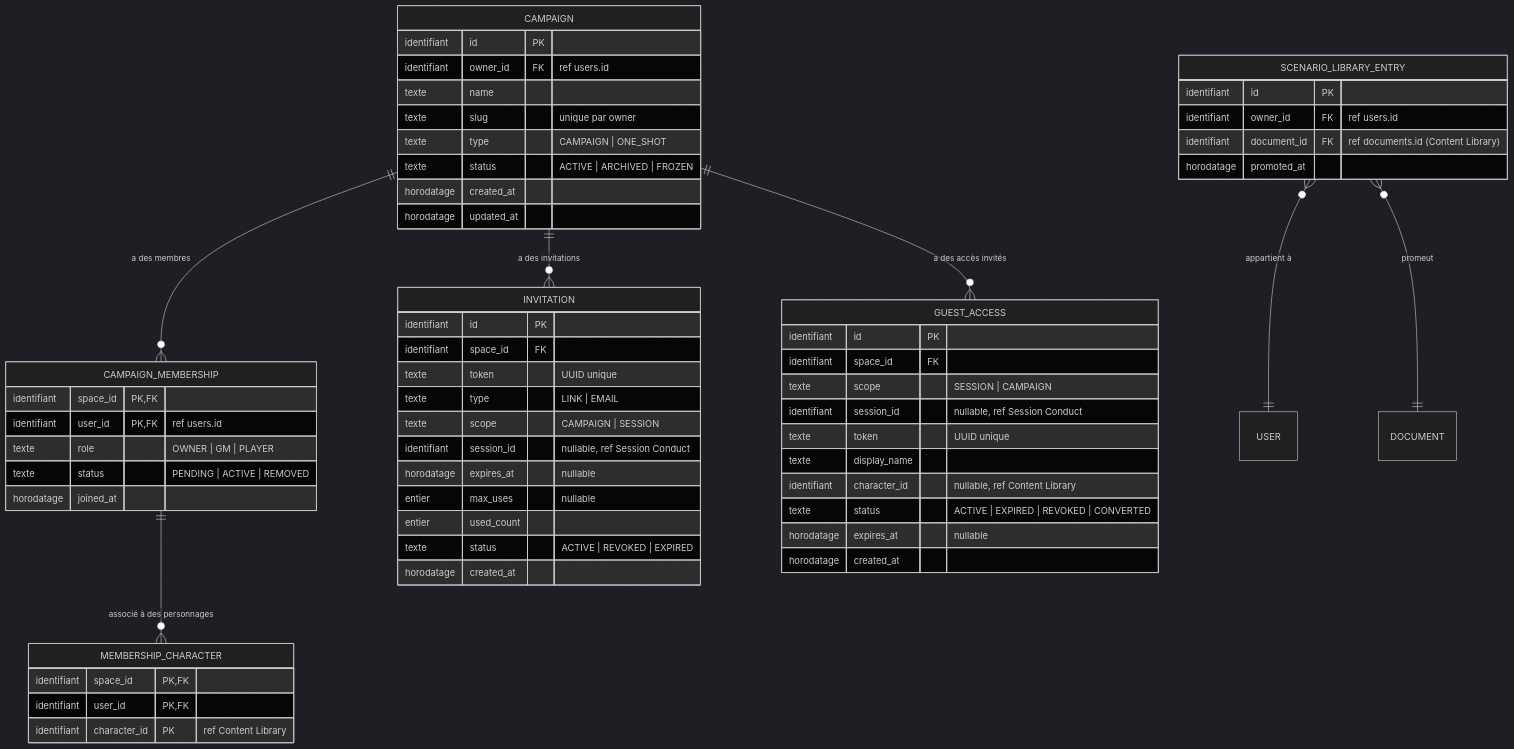
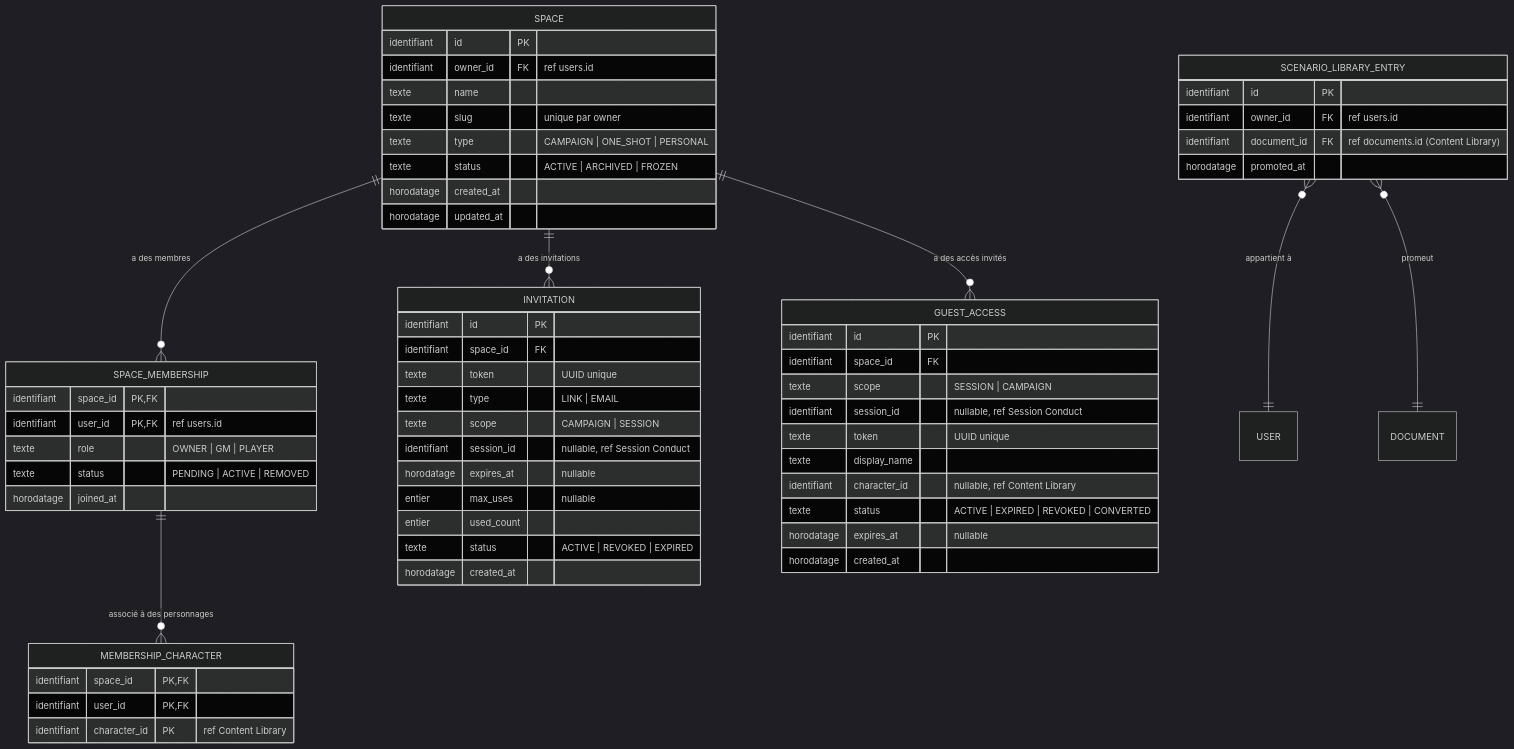
The diagram in docs/conception/domain/diagrams/mcd/space-management.md (2025-10-CDA-ECO-P6/PM-micro-saas), drawn with Mermaid (dark theme) before and after one commit. The commit also changed 68 other files, not shown here.

First line of the commit message:
docs(corpus): renomme Campaign en Space et ajoute les spécifications techniques

````diff
--- a/docs/conception/domain/diagrams/mcd/space-management.md
+++ b/docs/conception/domain/diagrams/mcd/space-management.md
@@ -3,69 +3,69 @@
 ```mermaid
 erDiagram
-    CAMPAIGN {
+    SPACE {
         identifiant id PK
         identifiant owner_id FK "ref users.id"
         texte name
         texte slug "unique par owner"
-        texte type "CAMPAIGN | ONE_SHOT"
+        texte type "CAMPAIGN | ONE_SHOT | PERSONAL"
         texte status "ACTIVE | ARCHIVED | FROZEN"
         horodatage created_at
         horodatage updated_at
     }
 
-    CAMPAIGN_MEMBERSHIP {
+    SPACE_MEMBERSHIP {
         identifiant space_id PK,FK
         identifiant user_id PK,FK "ref users.id"
         texte role "OWNER | GM | PLAYER"
         texte status "PENDING | ACTIVE | REMOVED"
         horodatage joined_at
     }
 
     MEMBERSHIP_CHARACTER {
         identifiant space_id PK,FK
         identifiant user_id PK,FK
         identifiant character_id PK "ref Content Library"
     }
 
     INVITATION {
         identifiant id PK
         identifiant space_id FK
         texte token "UUID unique"
         texte type "LINK | EMAIL"
         texte scope "CAMPAIGN | SESSION"
         identifiant session_id "nullable, ref Session Conduct"
         horodatage expires_at "nullable"
         entier max_uses "nullable"
         entier used_count
         texte status "ACTIVE | REVOKED | EXPIRED"
         horodatage created_at
     }
 
     GUEST_ACCESS {
         identifiant id PK
         identifiant space_id FK
         texte scope "SESSION | CAMPAIGN"
         identifiant session_id "nullable, ref Session Conduct"
         texte token "UUID unique"
         texte display_name
         identifiant character_id "nullable, ref Content Library"
         texte status "ACTIVE | EXPIRED | REVOKED | CONVERTED"
         horodatage expires_at "nullable"
         horodatage created_at
     }
 
     %% post-MVP
     SCENARIO_LIBRARY_ENTRY {
         identifiant id PK
         identifiant owner_id FK "ref users.id"
         identifiant document_id FK "ref documents.id (Content Library)"
         horodatage promoted_at
     }
 
-    CAMPAIGN ||--o{ CAMPAIGN_MEMBERSHIP : "a des membres"
-    CAMPAIGN ||--o{ INVITATION : "a des invitations"
-    CAMPAIGN ||--o{ GUEST_ACCESS : "a des accès invités"
-    CAMPAIGN_MEMBERSHIP ||--o{ MEMBERSHIP_CHARACTER : "associé à des personnages"
+    SPACE ||--o{ SPACE_MEMBERSHIP : "a des membres"
+    SPACE ||--o{ INVITATION : "a des invitations"
+    SPACE ||--o{ GUEST_ACCESS : "a des accès invités"
+    SPACE_MEMBERSHIP ||--o{ MEMBERSHIP_CHARACTER : "associé à des personnages"
     SCENARIO_LIBRARY_ENTRY }o--|| USER : "appartient à"
     SCENARIO_LIBRARY_ENTRY }o--|| DOCUMENT : "promeut"
 ```
````
